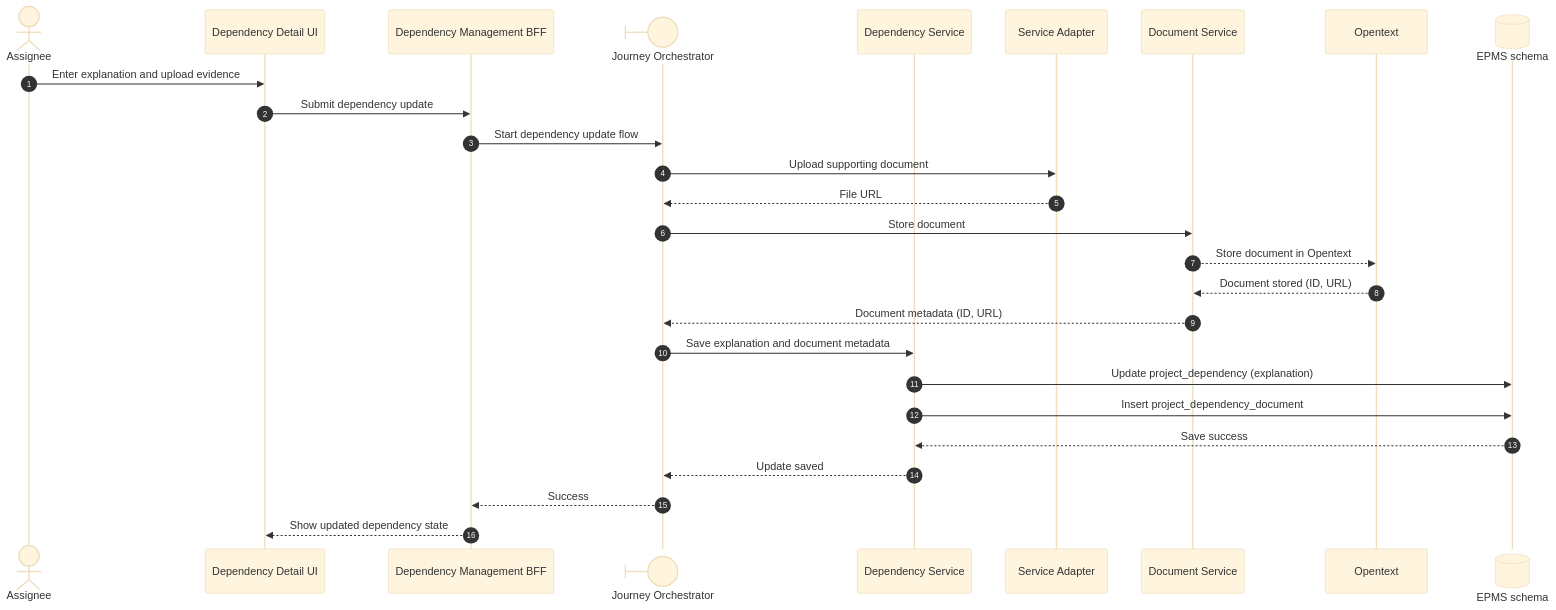
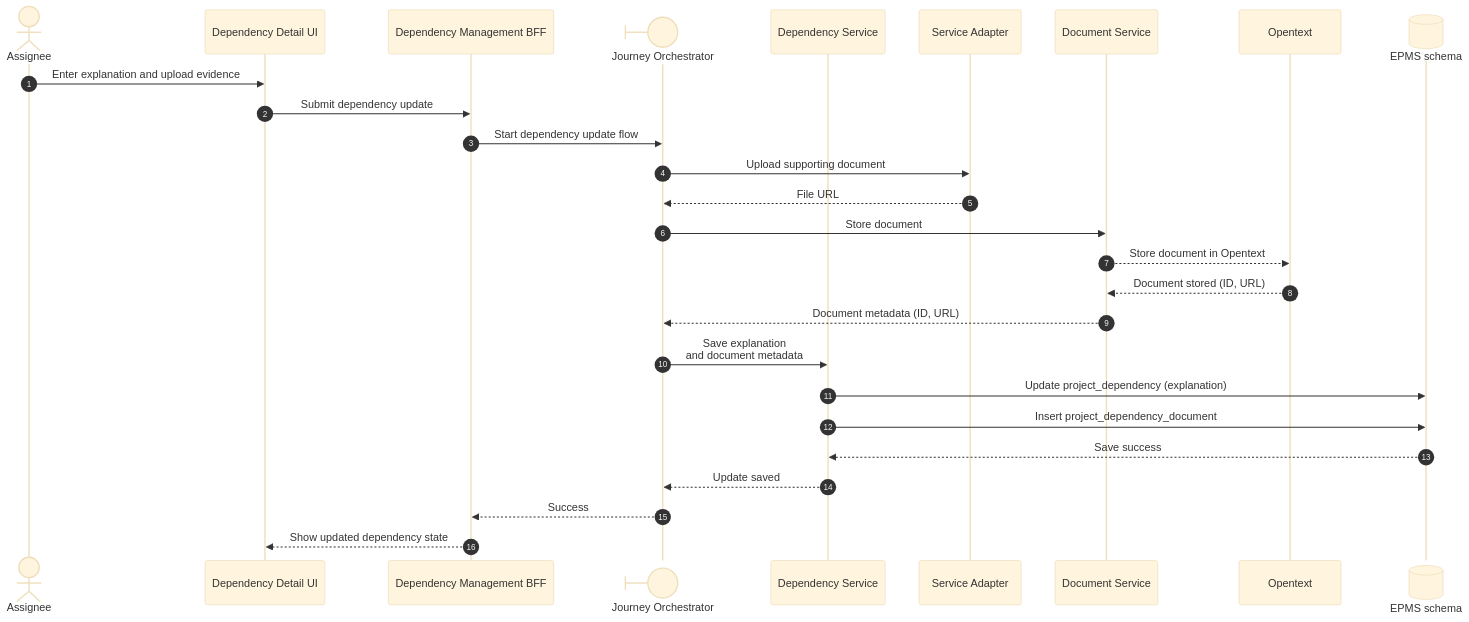
One commit to sougata2000/epms changed the diagram in 02 Solution Architecture/diagrams/Execution/Update Dependecy with explanantion.mmd. Above: the diagram before and after it, drawn with Mermaid. The commit also changed 51 other files, not shown here.

```diff
--- a/02 Solution Architecture/diagrams/Execution/Update Dependecy with explanantion.mmd
+++ b/02 Solution Architecture/diagrams/Execution/Update Dependecy with explanantion.mmd
@@ -1,35 +1,37 @@
 ---
 config:
   sequence: {}
   theme: base
 ---
+
+%%{init: {'themeVariables': { 'fontSize': '30px'}}}%%
 %%{init: {'flowchart': {'compactMode': true}}}%%
 sequenceDiagram
 autonumber
 actor ASSIGNEE as Assignee
 
 participant UI as Dependency Detail UI
 participant BFF as Dependency Management BFF
 participant ORCH@{ "type":"boundary", "alias":"Journey Orchestrator"}
 participant DEP as Dependency Service
 participant ADP as Service Adapter
 participant DS as Document Service
 participant OT as Opentext
 participant PRIMARYDB@{ "type": "database", "alias": "EPMS schema"}
 
 ASSIGNEE->>UI: Enter explanation and upload evidence
 UI->>BFF: Submit dependency update
 BFF->>ORCH: Start dependency update flow
 ORCH->>ADP: Upload supporting document
 ADP-->>ORCH: File URL
 ORCH->>DS: Store document
 DS-->>OT: Store document in Opentext
 OT-->>DS: Document stored (ID, URL)
 DS-->>ORCH: Document metadata (ID, URL)
-ORCH->>DEP: Save explanation and document metadata
+ORCH->>DEP: Save explanation <br/>and document metadata
 DEP->>PRIMARYDB: Update project_dependency (explanation)
 DEP->>PRIMARYDB: Insert project_dependency_document
 PRIMARYDB-->>DEP: Save success
 DEP-->>ORCH: Update saved
 ORCH-->>BFF: Success
 BFF-->>UI: Show updated dependency state
```
